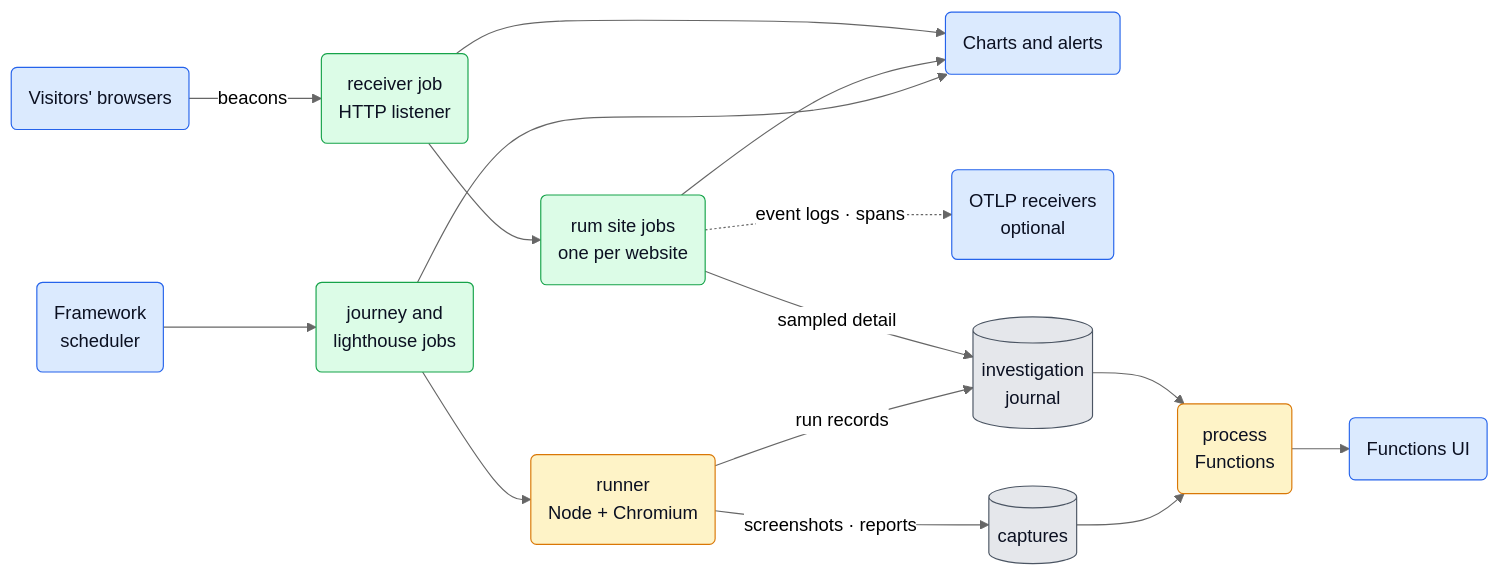
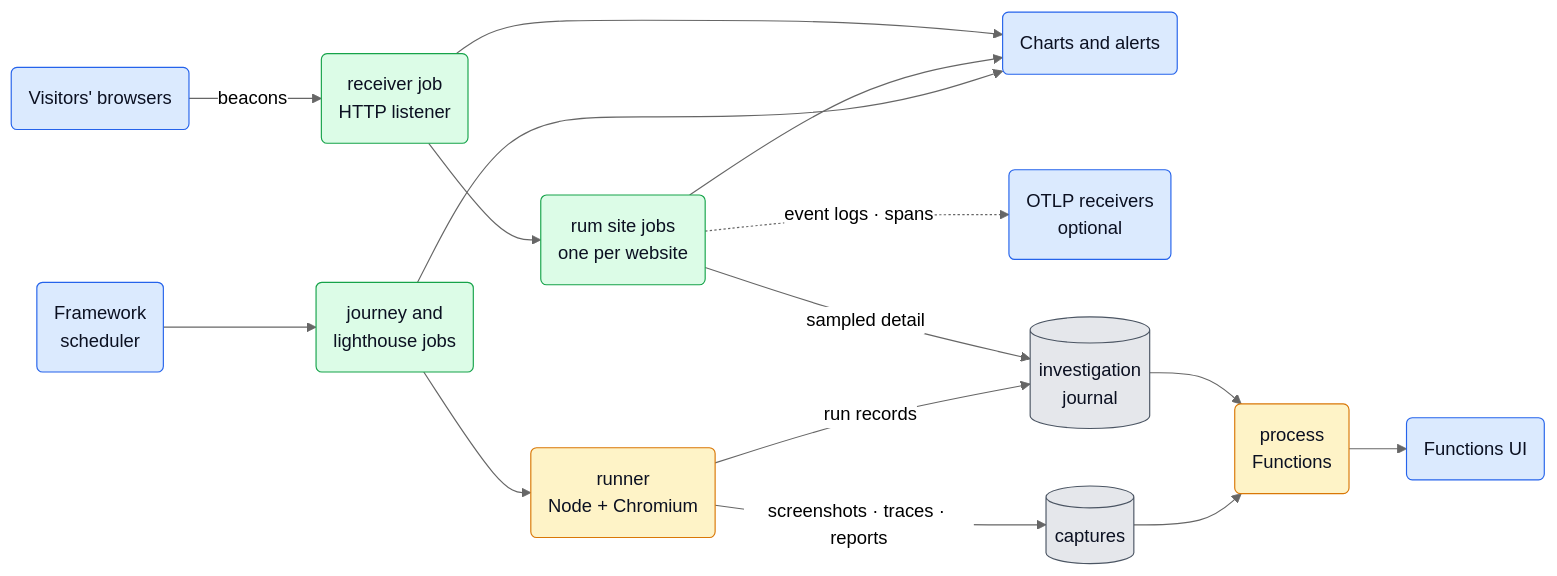
One commit to netdata/netdata changed the first of 7 diagrams in src/go/plugin/dem/ARCHITECTURE.md. Above: the diagram before and after it, drawn with Mermaid (neutral theme). The commit also changed other lines of this file and 42 other files, not shown here.

````diff
--- a/src/go/plugin/dem/ARCHITECTURE.md
+++ b/src/go/plugin/dem/ARCHITECTURE.md
@@ -70,37 +70,37 @@
 ```mermaid
 flowchart LR
     Browsers("Visitors' browsers")
     Sched("Framework<br/>scheduler")
     Receiver("receiver job<br/>HTTP listener")
     Sites("rum site jobs<br/>one per website")
     Synth("journey and<br/>lighthouse jobs")
     Runner("runner<br/>Node + Chromium")
     Charts("Charts and alerts")
     OTLP("OTLP receivers<br/>optional")
     Journal[("investigation<br/>journal")]
     Captures[("captures")]
     Funcs("process<br/>Functions")
     UI("Functions UI")
 
     Browsers -->|"beacons"| Receiver --> Sites
     Receiver --> Charts
     Sched --> Synth --> Runner
     Sites --> Charts
     Synth --> Charts
     Sites -.->|"event logs · spans"| OTLP
     Sites -->|"sampled detail"| Journal
     Runner -->|"run records"| Journal
-    Runner -->|"screenshots · reports"| Captures
+    Runner -->|"screenshots · traces · reports"| Captures
     Journal --> Funcs
     Captures --> Funcs
     Funcs --> UI
 
     classDef ext fill:#dbeafe,stroke:#2563eb,color:#0b1021;
     classDef job fill:#dcfce7,stroke:#16a34a,color:#0b1021;
     classDef svc fill:#fef3c7,stroke:#d97706,color:#0b1021;
     classDef store fill:#e5e7eb,stroke:#4b5563,color:#0b1021;
     class Browsers,Sched,Charts,OTLP,UI ext;
     class Receiver,Sites,Synth job;
     class Runner,Funcs svc;
     class Journal,Captures store;
 ```
````
